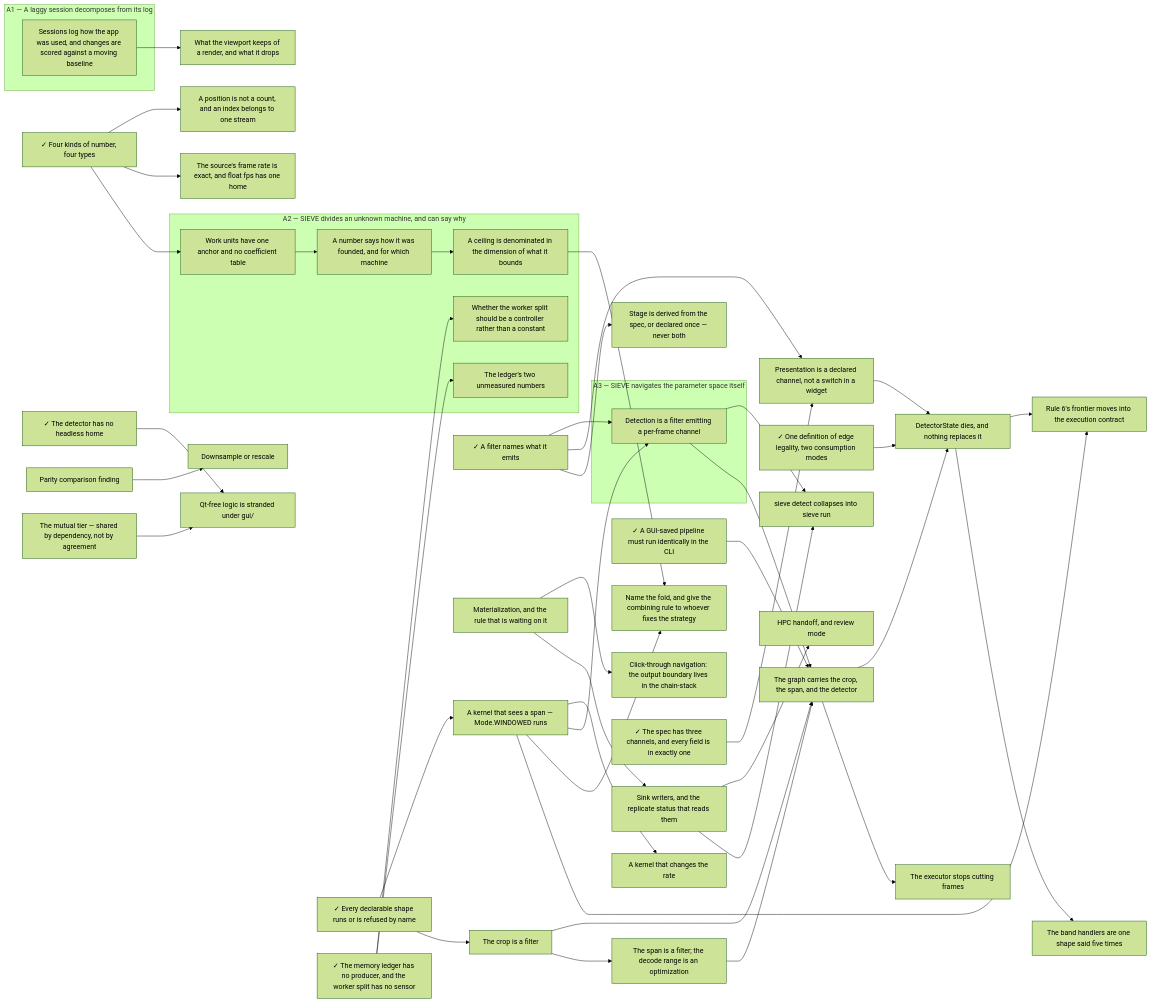
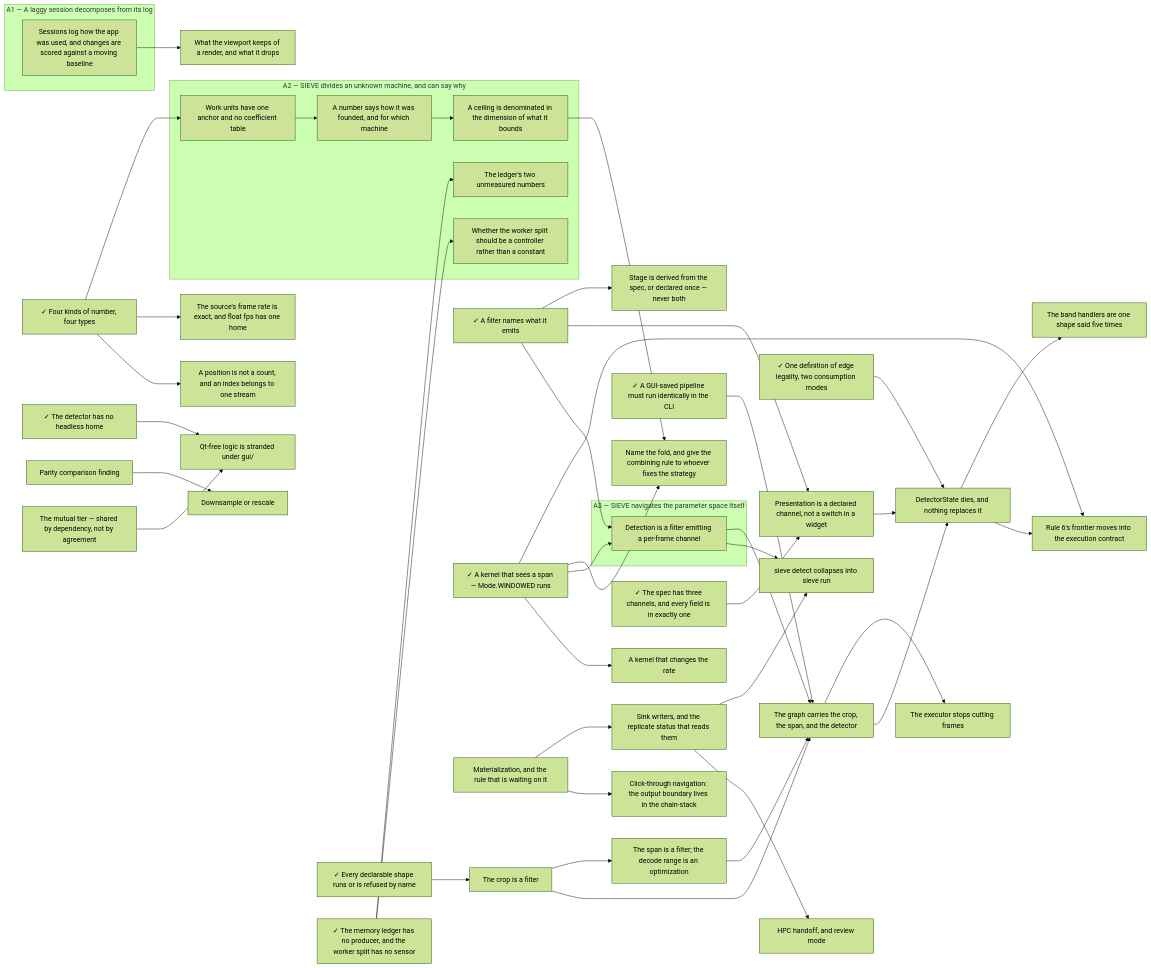
Before and after one commit to soulsynapse/antscihub-SIEVE: the diagram in docs/.state.md, drawn with Mermaid (forest theme). The commit also changed other lines of this file and 15 other files, not shown here.

First line of the commit message:
feat(kernel): run windowed kernels over spans

```diff
--- a/docs/.state.md
+++ b/docs/.state.md
@@ -135,7 +133,7 @@
   end
     a_filter_names_what_it_emits["✓ A filter names what it emits"]
     a_kernel_that_changes_the_rate["A kernel that changes the rate"]
-    a_kernel_that_sees_a_span["A kernel that sees a span — Mode.WINDOWED runs"]
+    a_kernel_that_sees_a_span["✓ A kernel that sees a span — Mode.WINDOWED runs"]
     a_position_is_not_a_count["A position is not a count, and an index belongs to one stream"]
     click_through_navigation["Click-through navigation: the output boundary lives in the chain-stack"]
     declarable_but_not_runnable["✓ Every declarable shape runs or is refused by name"]
@@ -166,7 +164,6 @@
     the_span_is_a_filter["The span is a filter; the decode range is an optimization"]
     the_spec_has_three_channels["✓ The spec has three channels, and every field is in exactly one"]
     a_kernel_that_sees_a_span --> a_kernel_that_changes_the_rate
-    declarable_but_not_runnable --> a_kernel_that_sees_a_span
     work_units_have_one_anchor --> a_number_says_how_it_was_founded
     four_numbers_four_types --> a_position_is_not_a_count
     ledger_producers --> adaptive_worker_allocation
```
